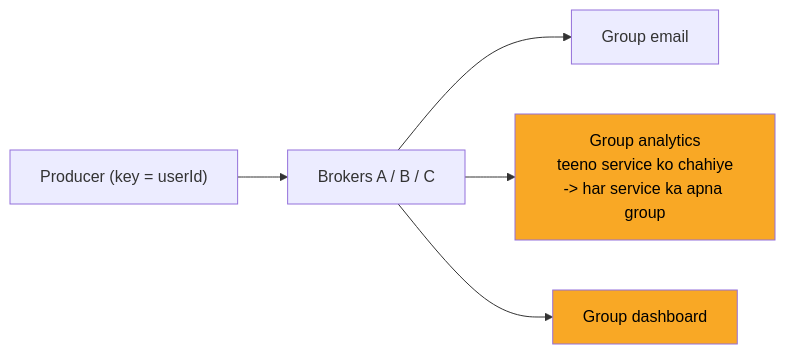
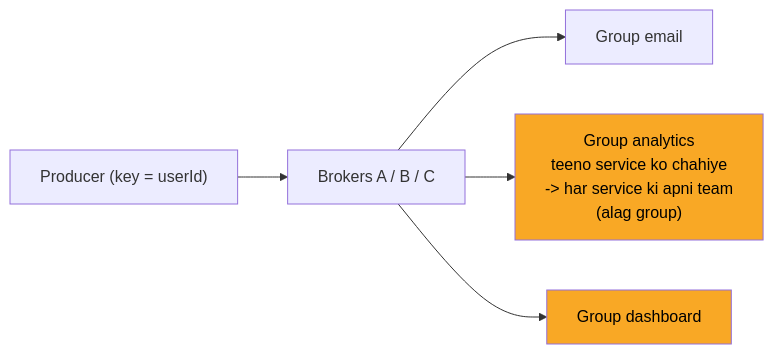
One commit to ArpanMaheshwari144/Prep changed the sixth of 12 diagrams in 04_HLD/SYSTEM_DESIGNS/12_message_queue_kafka/12_message_queue_kafka.md. Above: the diagram before and after it, drawn with Mermaid. The commit also changed other lines of this file and 13 other files, not shown here.

````diff
--- a/04_HLD/SYSTEM_DESIGNS/12_message_queue_kafka/12_message_queue_kafka.md
+++ b/04_HLD/SYSTEM_DESIGNS/12_message_queue_kafka/12_message_queue_kafka.md
@@ -191,14 +191,14 @@
 ```mermaid
 flowchart LR
     n_P["Producer (key = userId)"]
     n_B["Brokers A / B / C"]
     n_GE["Group email"]
-    n_GA["Group analytics<br/>teeno service ko chahiye<br/>-> har service ka apna group"]
+    n_GA["Group analytics<br/>teeno service ko chahiye<br/>-> har service ki apni team<br/>(alag group)"]
     n_GD["Group dashboard"]
     n_P --> n_B
     n_B --> n_GE
     n_B --> n_GA
     n_B --> n_GD
     style n_GA fill:#f9a825,color:#000
     style n_GD fill:#f9a825,color:#000
 ```
````
